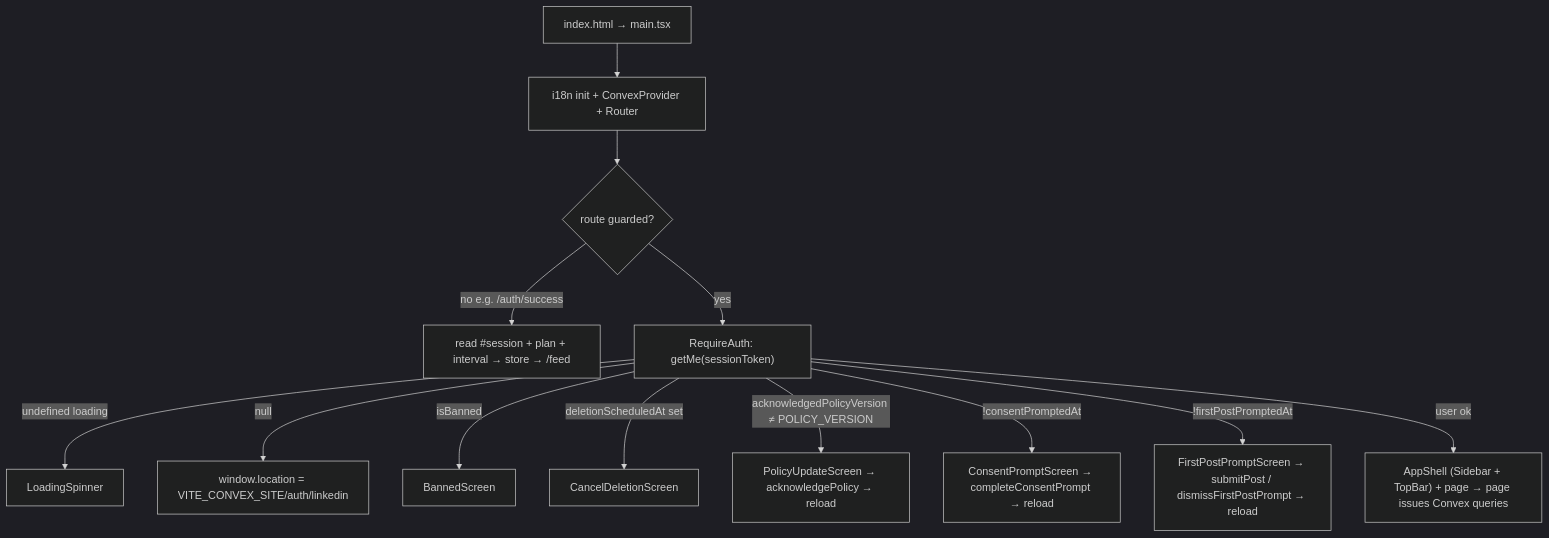
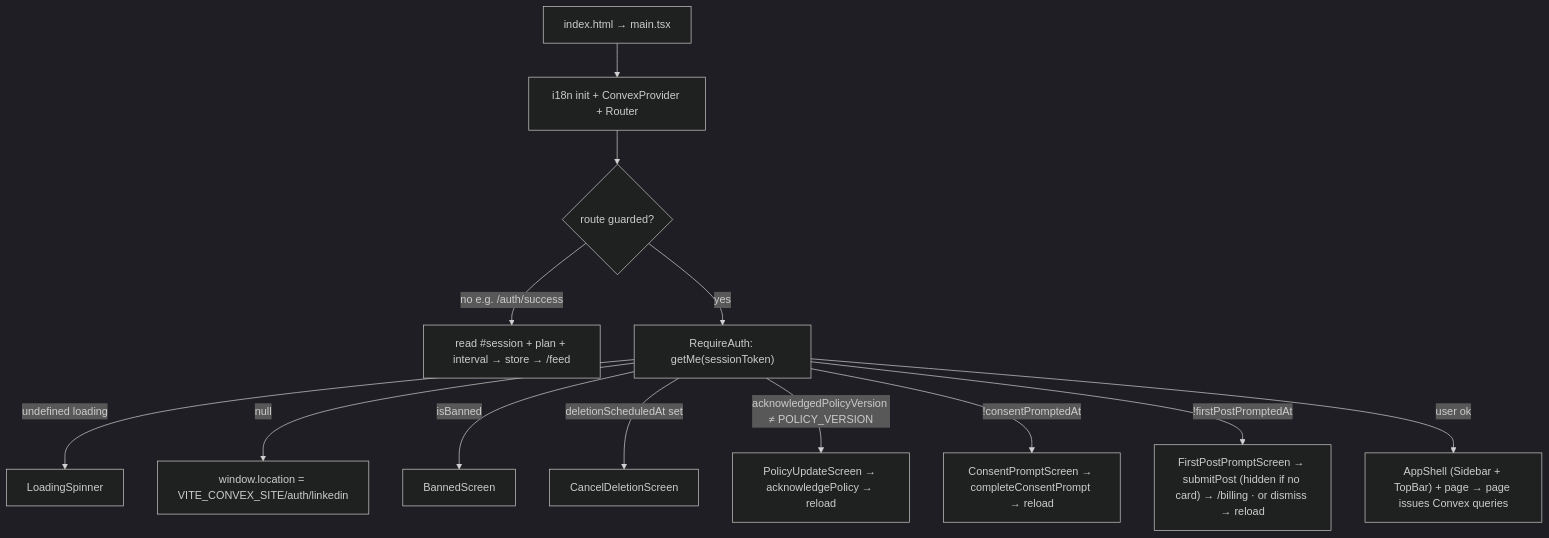
Before and after one commit to henriko202/glowing-octo-guide: diagram 20 of 21 in docs/PLATFORM.md, drawn with Mermaid (dark theme). The commit also changed other lines of this file and 26 other files, not shown here.

````diff
--- a/docs/PLATFORM.md
+++ b/docs/PLATFORM.md
@@ -1933,15 +1997,15 @@
 ```mermaid
 flowchart TD
   L["index.html → main.tsx"] --> I["i18n init + ConvexProvider + Router"]
   I --> RT{"route guarded?"}
   RT -->|no e.g. /auth/success| LAND["read #session + plan + interval → store → /feed"]
   RT -->|yes| RA["RequireAuth: getMe(sessionToken)"]
   RA -->|undefined loading| SP["LoadingSpinner"]
   RA -->|null| OAUTH["window.location = VITE_CONVEX_SITE/auth/linkedin"]
   RA -->|isBanned| BAN["BannedScreen"]
   RA -->|deletionScheduledAt set| CDEL["CancelDeletionScreen"]
   RA -->|"acknowledgedPolicyVersion ≠ POLICY_VERSION"| RECON["PolicyUpdateScreen → acknowledgePolicy → reload"]
   RA -->|"!consentPromptedAt"| CONSENT["ConsentPromptScreen → completeConsentPrompt → reload"]
-  RA -->|"!firstPostPromptedAt"| FIRSTPOST["FirstPostPromptScreen → submitPost / dismissFirstPostPrompt → reload"]
+  RA -->|"!firstPostPromptedAt"| FIRSTPOST["FirstPostPromptScreen → submitPost (hidden if no card) → /billing · or dismiss → reload"]
   RA -->|user ok| SHELL["AppShell (Sidebar + TopBar) + page → page issues Convex queries"]
 ```
````
